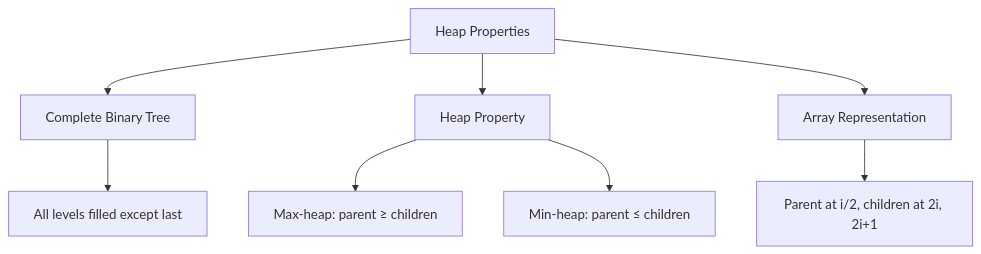
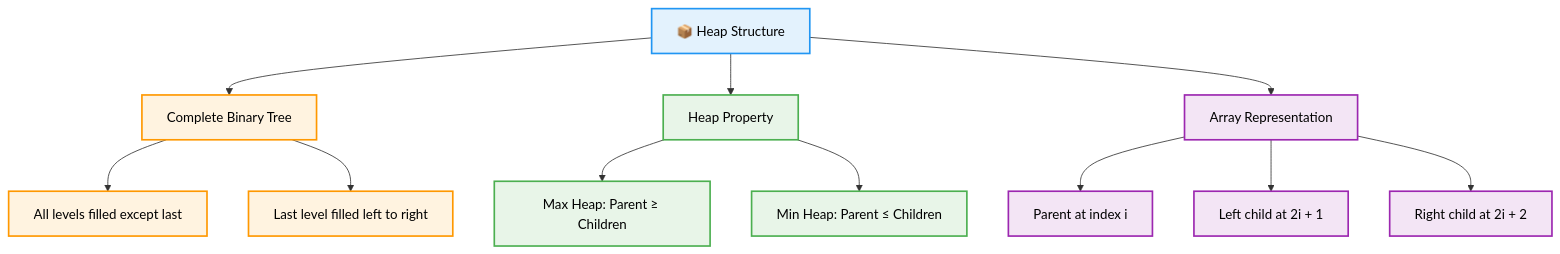
Before and after one commit to AbhishekGiri04/CodeVault: the first of 5 diagrams in concepts/heap.md, drawn with Mermaid. The commit also changed other lines of this file, not shown here.

Commit message:
Add comprehensive heap.md with professional design and light colors

````diff
--- a/concepts/heap.md
+++ b/concepts/heap.md
@@ -25,11 +38,26 @@
 ```mermaid
-graph TD
-    A[Heap Properties] --> B[Complete Binary Tree]
-    A --> C[Heap Property]
-    A --> D[Array Representation]
+flowchart TD
+    A["📦 Heap Structure"] --> B["Complete Binary Tree"]
+    A --> C["Heap Property"]
+    A --> D["Array Representation"]
     
-    B --> E[All levels filled except last]
-    C --> F[Max-heap: parent ≥ children]
-    C --> G[Min-heap: parent ≤ children]
-    D --> H[Parent at i/2, children at 2i, 2i+1]
+    B --> E["All levels filled except last"]
+    B --> F["Last level filled left to right"]
+    
+    C --> G["Max Heap: Parent ≥ Children"]
+    C --> H["Min Heap: Parent ≤ Children"]
+    
+    D --> I["Parent at index i"]
+    D --> J["Left child at 2i + 1"]
+    D --> K["Right child at 2i + 2"]
+    
+    classDef default fill:#f9f9f9,stroke:#333,stroke-width:2px,color:#000
+    classDef structure fill:#e3f2fd,stroke:#2196f3,stroke-width:2px,color:#000
+    classDef tree fill:#fff3e0,stroke:#ff9800,stroke-width:2px,color:#000
+    classDef property fill:#e8f5e8,stroke:#4caf50,stroke-width:2px,color:#000
+    classDef array fill:#f3e5f5,stroke:#9c27b0,stroke-width:2px,color:#000
+    class A structure
+    class B,E,F tree
+    class C,G,H property
+    class D,I,J,K array
 ```
````
